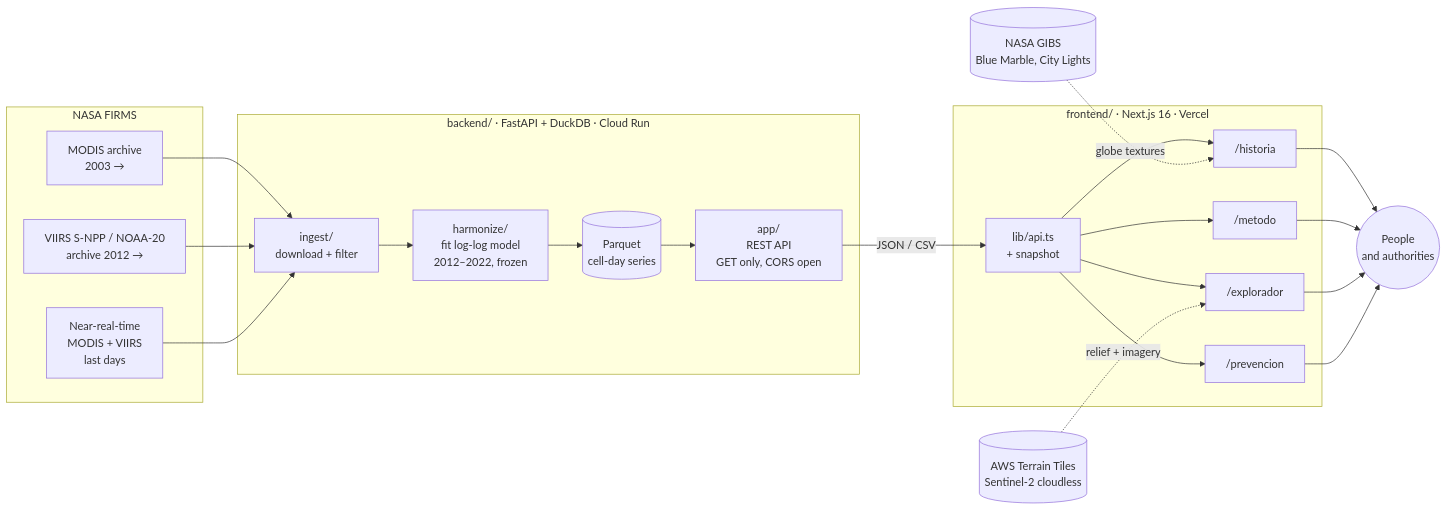
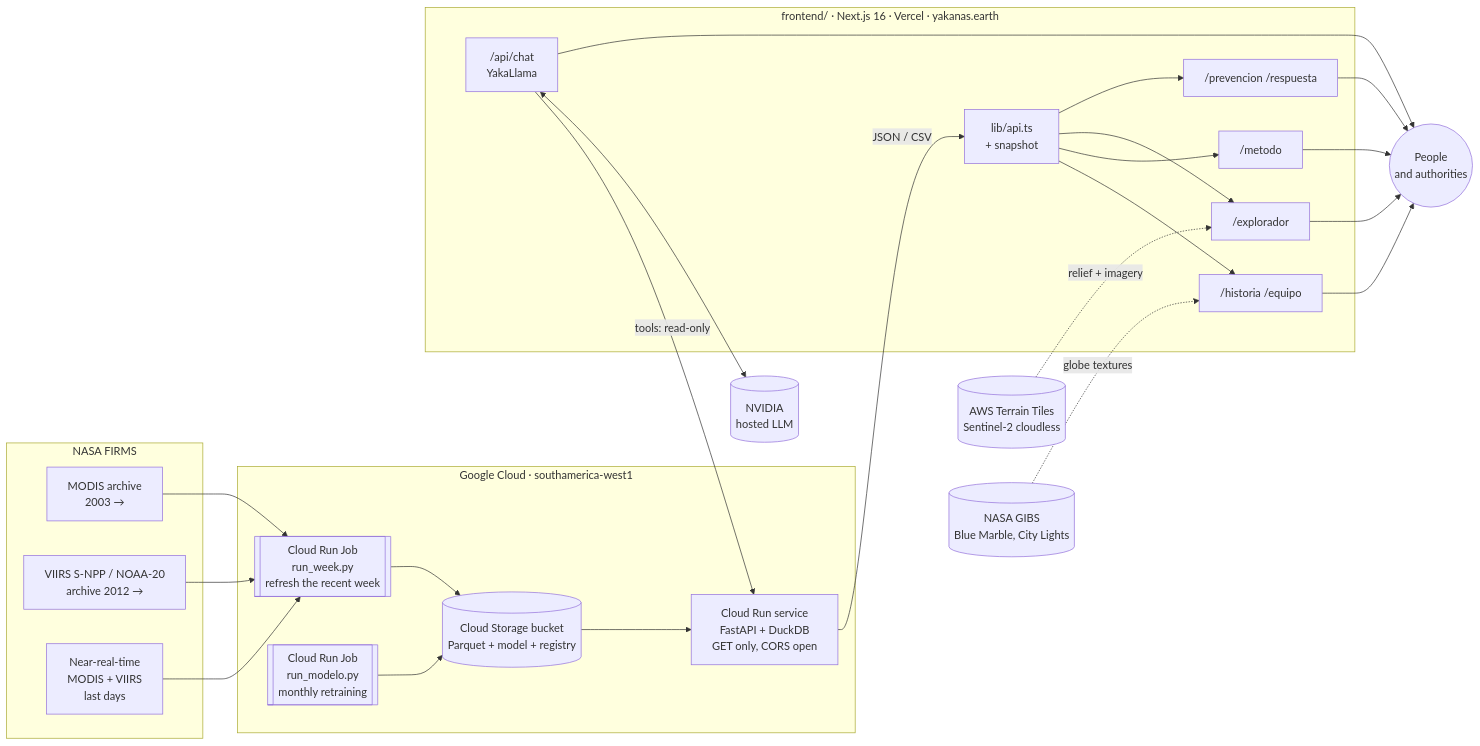
One commit to SebasHuaypar/Yakanas-NASA changed the second of 7 diagrams in README.md. Above: the diagram before and after it, drawn with Mermaid. The commit also changed other lines of this file and 17 other files, not shown here.

First line of the commit message:
docs: README general, de frontend y de backend actualizados, con capturas nuevas

````diff
--- a/README.md
+++ b/README.md
@@ -99,32 +118,39 @@
 ```mermaid
 flowchart LR
     subgraph NASA["NASA FIRMS"]
         A1[MODIS archive<br/>2003 →]
         A2[VIIRS S-NPP / NOAA-20<br/>archive 2012 →]
         A3[Near-real-time<br/>MODIS + VIIRS<br/>last days]
     end
 
-    subgraph BE["backend/  ·  FastAPI + DuckDB  ·  Cloud Run"]
-        B1[ingest/<br/>download + filter]
-        B2[harmonize/<br/>fit log-log model<br/>2012–2022, frozen]
-        B3[(Parquet<br/>cell-day series)]
-        B4[app/<br/>REST API<br/>GET only, CORS open]
+    subgraph GCP["Google Cloud · southamerica-west1"]
+        J1[["Cloud Run Job<br/>run_week.py<br/>refresh the recent week"]]
+        J2[["Cloud Run Job<br/>run_modelo.py<br/>monthly retraining"]]
+        GCS[("Cloud Storage bucket<br/>Parquet + model + registry")]
+        API["Cloud Run service<br/>FastAPI + DuckDB<br/>GET only, CORS open"]
     end
 
-    subgraph FE["frontend/  ·  Next.js 16  ·  Vercel"]
-        C1["/historia"]
+    subgraph FE["frontend/ · Next.js 16 · Vercel · yakanas.earth"]
+        C1["/historia /equipo"]
         C2["/metodo"]
         C3["/explorador"]
-        C4["/prevencion"]
+        C4["/prevencion /respuesta"]
         C5[lib/api.ts<br/>+ snapshot]
+        BOT["/api/chat<br/>YakaLlama"]
     end
 
+    NV[(NVIDIA<br/>hosted LLM)]
     U((People<br/>and authorities))
 
-    A1 & A2 & A3 --> B1 --> B2 --> B3 --> B4
-    B4 -- JSON / CSV --> C5
+    A1 & A2 & A3 --> J1
+    J1 --> GCS
+    J2 --> GCS
+    GCS --> API
+    API -- JSON / CSV --> C5
     C5 --> C1 & C2 & C3 & C4
-    C1 & C2 & C3 & C4 --> U
+    BOT -- tools: read-only --> API
+    BOT <--> NV
+    C1 & C2 & C3 & C4 & BOT --> U
     AWS[(AWS Terrain Tiles<br/>Sentinel-2 cloudless)] -. relief + imagery .-> C3
     NASAG[(NASA GIBS<br/>Blue Marble, City Lights)] -. globe textures .-> C1
 ```
````
